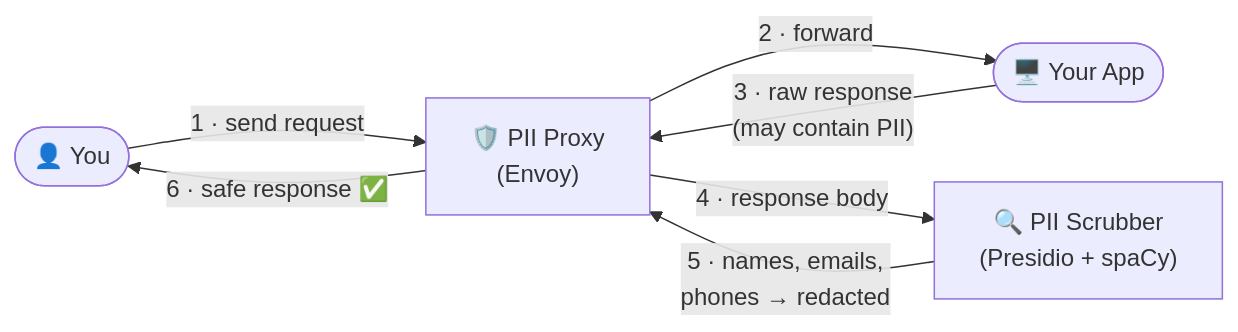
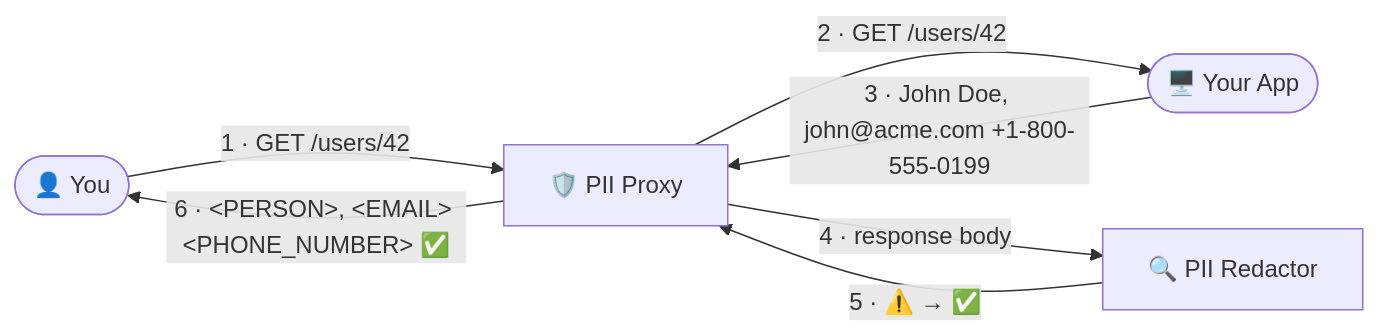
One commit to andrey-zhilin/PII-Proxy changed the diagram in README.md. Above: the diagram before and after it, drawn with Mermaid.

Commit message:
Update flowchart in README to clarify request and response flow in PII redaction process

````diff
--- a/README.md
+++ b/README.md
@@ -13,9 +13,9 @@
 ```mermaid
 flowchart LR
-    A(["👤 You"]) -->|"1 · send request"| B
-    B["🛡️ PII Proxy\n(Envoy)"] -->|"2 · forward"| C(["🖥️ Your App"])
-    C -->|"3 · raw response\n(may contain PII)"| B
+    A(["👤 You"]) -->|"1 · GET /users/42"| B
+    B["🛡️ PII Proxy"] -->|"2 · GET /users/42"| C(["🖥️ Your App"])
+    C -->|"3 · John Doe, john@acme.com +1-800-555-0199"| B
     B -->|"4 · response body"| D
-    D["🔍 PII Scrubber\n(Presidio + spaCy)"] -->|"5 · names, emails,\nphones → redacted"| B
-    B -->|"6 · safe response ✅"| A
+    D["🔍 PII Redactor"] -->|"5 · ⚠️ → ✅"| B
+    B -->|"6 · &lt;PERSON&gt;, &lt;EMAIL&gt; &lt;PHONE_NUMBER&gt; ✅"| A
 ```
````
